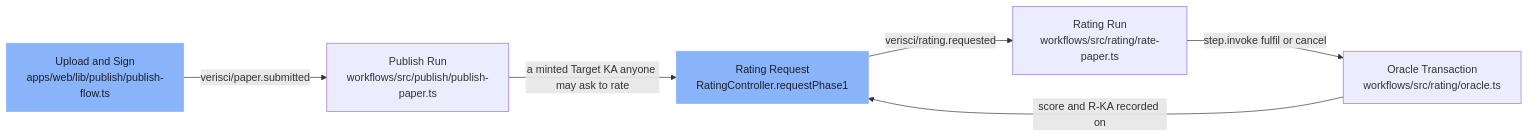
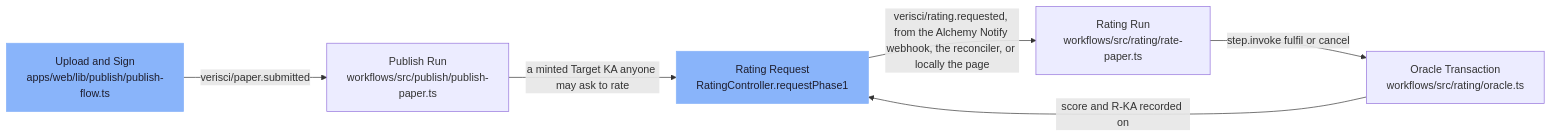
One commit to SiegfriedBz/labstrail changed the diagram in .omm/pipeline/diagram.mmd. Above: the diagram before and after it, drawn with Mermaid. The commit also changed 176 other files, not shown here.

```diff
--- a/.omm/pipeline/diagram.mmd
+++ b/.omm/pipeline/diagram.mmd
@@ -1,8 +1,8 @@
 graph LR
     upload-and-sign["Upload and Sign\napps/web/lib/publish/publish-flow.ts"] -->|"verisci/paper.submitted"| publish-run["Publish Run\nworkflows/src/publish/publish-paper.ts"]
     publish-run -->|"a minted Target KA anyone may ask to rate"| rating-request["Rating Request\nRatingController.requestPhase1"]
-    rating-request -->|"verisci/rating.requested"| rating-run["Rating Run\nworkflows/src/rating/rate-paper.ts"]
+    rating-request -->|"verisci/rating.requested, from the Alchemy Notify webhook, the reconciler, or locally the page"| rating-run["Rating Run\nworkflows/src/rating/rate-paper.ts"]
     rating-run -->|"step.invoke fulfil or cancel"| oracle-transaction["Oracle Transaction\nworkflows/src/rating/oracle.ts"]
     oracle-transaction -->|"score and R-KA recorded on"| rating-request
     classDef entry fill:#89b4fa,stroke:#89b4fa,color:#1e1e2e
     class upload-and-sign,rating-request entry
```
